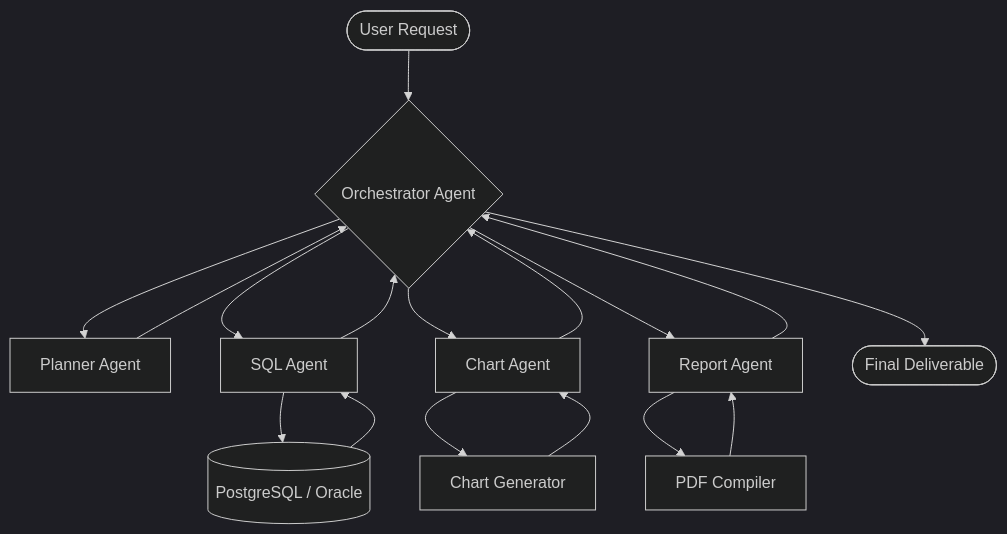
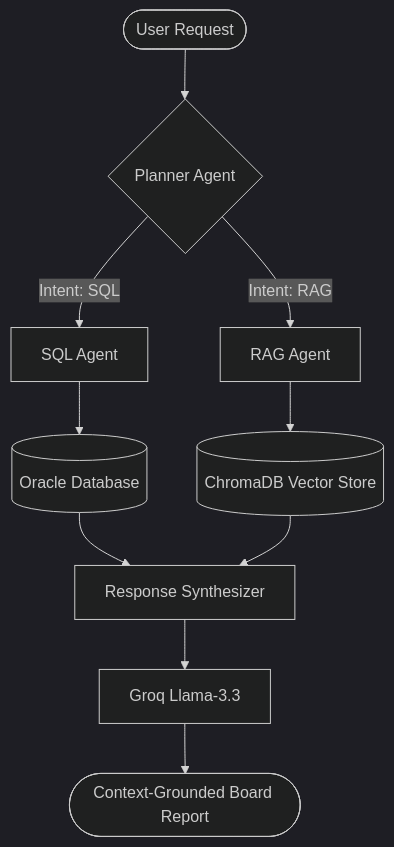
Before and after one commit to VED-VIVEK-TALMALEY/quantumlens-HSBC: the second of 6 diagrams in README.md, drawn with Mermaid (dark theme). The commit also changed other lines of this file and 3 other files, not shown here.

````diff
--- a/README.md
+++ b/README.md
@@ -291,19 +194,12 @@
 ```mermaid
 graph TD
-    User([User Request]) --> Orchestrator{Orchestrator Agent}
-    Orchestrator --> Planner[Planner Agent]
-    Planner --> Orchestrator
-    Orchestrator --> SQLAgent[SQL Agent]
-    Orchestrator --> ChartAgent[Chart Agent]
-    Orchestrator --> ReportAgent[Report Agent]
-    SQLAgent --> DB[(PostgreSQL / Oracle)]
-    ChartAgent --> ImageEngine[Chart Generator]
-    ReportAgent --> PDFEngine[PDF Compiler]
-    DB --> SQLAgent
-    ImageEngine --> ChartAgent
-    PDFEngine --> ReportAgent
-    SQLAgent --> Orchestrator
-    ChartAgent --> Orchestrator
-    ReportAgent --> Orchestrator
-    Orchestrator --> FinalResponse([Final Deliverable])
+    User([User Request]) --> Planner{Planner Agent}
+    Planner -->|Intent: SQL| SQLAgent[SQL Agent]
+    Planner -->|Intent: RAG| RAGAgent[RAG Agent]
+    SQLAgent --> Oracle[(Oracle Database)]
+    RAGAgent --> Chroma[(ChromaDB Vector Store)]
+    Oracle --> Synthesizer[Response Synthesizer]
+    Chroma --> Synthesizer
+    Synthesizer --> Groq[Groq Llama-3.3]
+    Groq --> FinalResponse([Context-Grounded Board Report])
 ```
````
